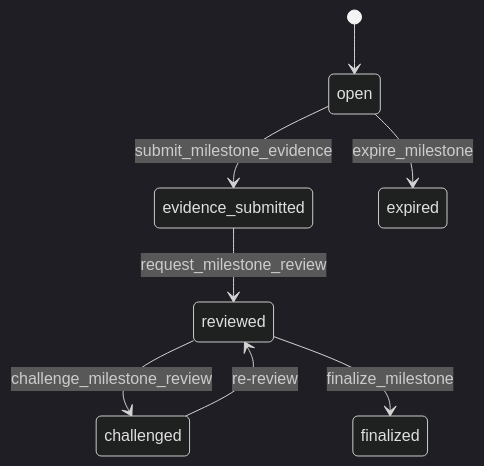
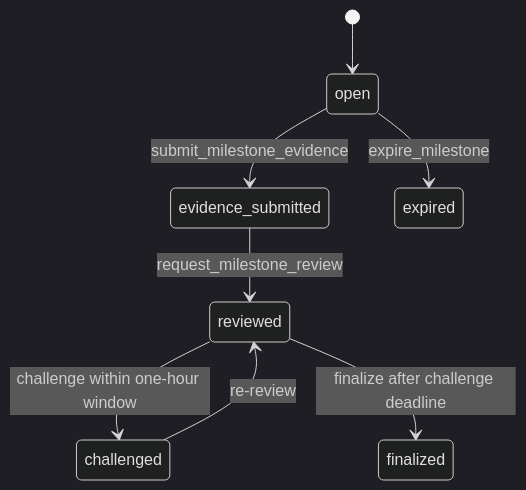
The second of 2 diagrams in docs/ARCHITECTURE.md (Manablaq/genlayer-verigrant), drawn with Mermaid (dark theme) before and after one commit. The commit also changed other lines of this file and 9 other files, not shown here.

Commit message:
Enforce milestone challenge windows

````diff
--- a/docs/ARCHITECTURE.md
+++ b/docs/ARCHITECTURE.md
@@ -91,10 +99,10 @@
 ```mermaid
 stateDiagram-v2
   [*] --> open
   open --> evidence_submitted: submit_milestone_evidence
   evidence_submitted --> reviewed: request_milestone_review
-  reviewed --> challenged: challenge_milestone_review
+  reviewed --> challenged: challenge within one-hour window
   challenged --> reviewed: re-review
-  reviewed --> finalized: finalize_milestone
+  reviewed --> finalized: finalize after challenge deadline
   open --> expired: expire_milestone
 ```
````
